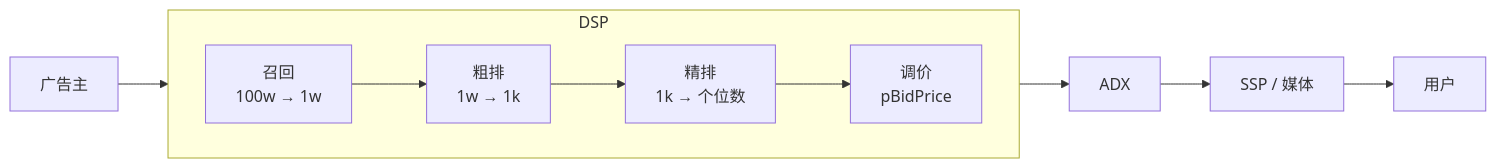
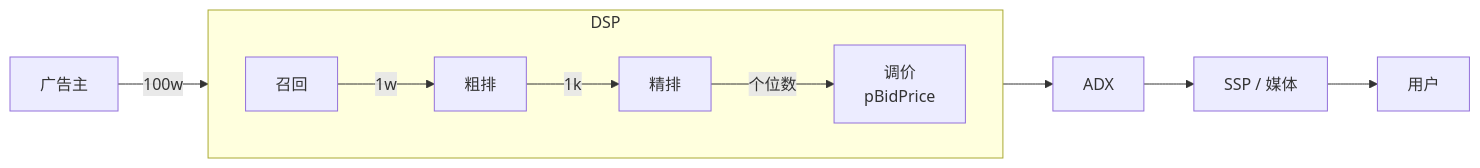
Before and after one commit to Heng-Mei/heng-mei.github.io: the diagram in content/posts/ad-ranking-pipeline-design.md, drawn with Mermaid.

Commit message:
docs(refactor): refine ad ranking pipeline diagram

````diff
--- a/content/posts/ad-ranking-pipeline-design.md
+++ b/content/posts/ad-ranking-pipeline-design.md
@@ -15,17 +15,17 @@
 ```mermaid
 flowchart LR
     subgraph B[DSP]
         direction LR
-        R[召回<br/>100w → 1w]
-        C1[粗排<br/>1w → 1k]
-        F[精排<br/>1k → 个位数]
+        R[召回]
+        C1[粗排]
+        F[精排]
         P[调价<br/>pBidPrice]
-        R --> C1 --> F --> P
+        R -- 1w --> C1 -- 1k --> F -- 个位数 --> P
     end
 
-    A[广告主] --> B
+    A[广告主] -- 100w --> B
     B --> C[ADX]
     C --> D[SSP / 媒体]
     D --> E[用户]
 
 ```
````
